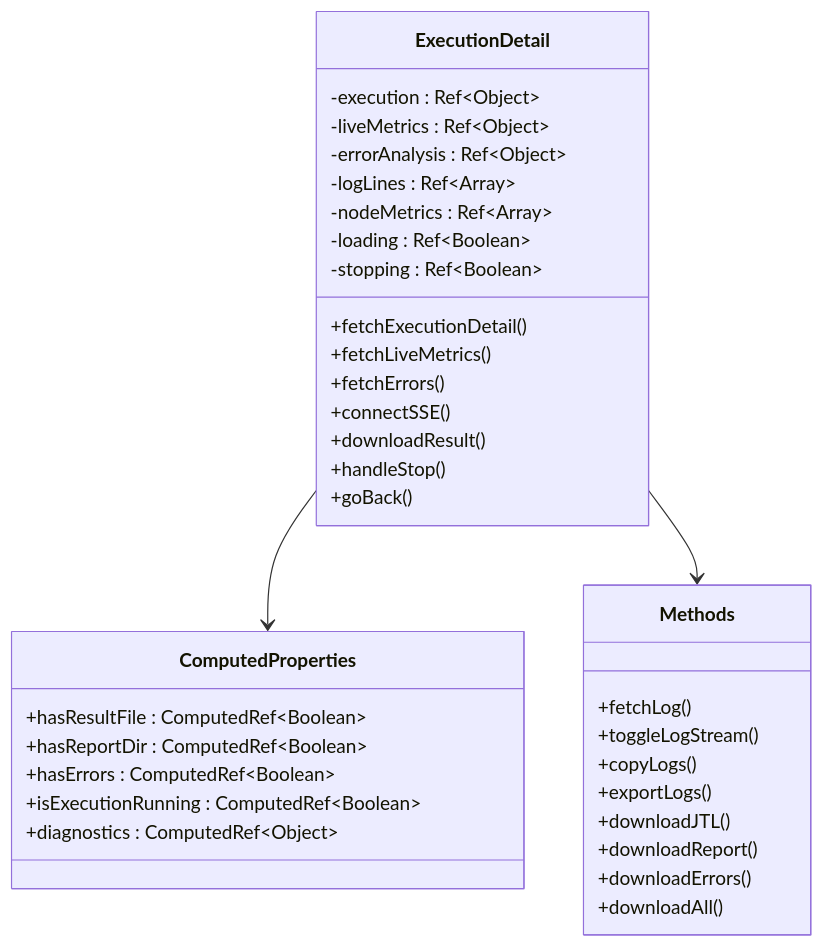
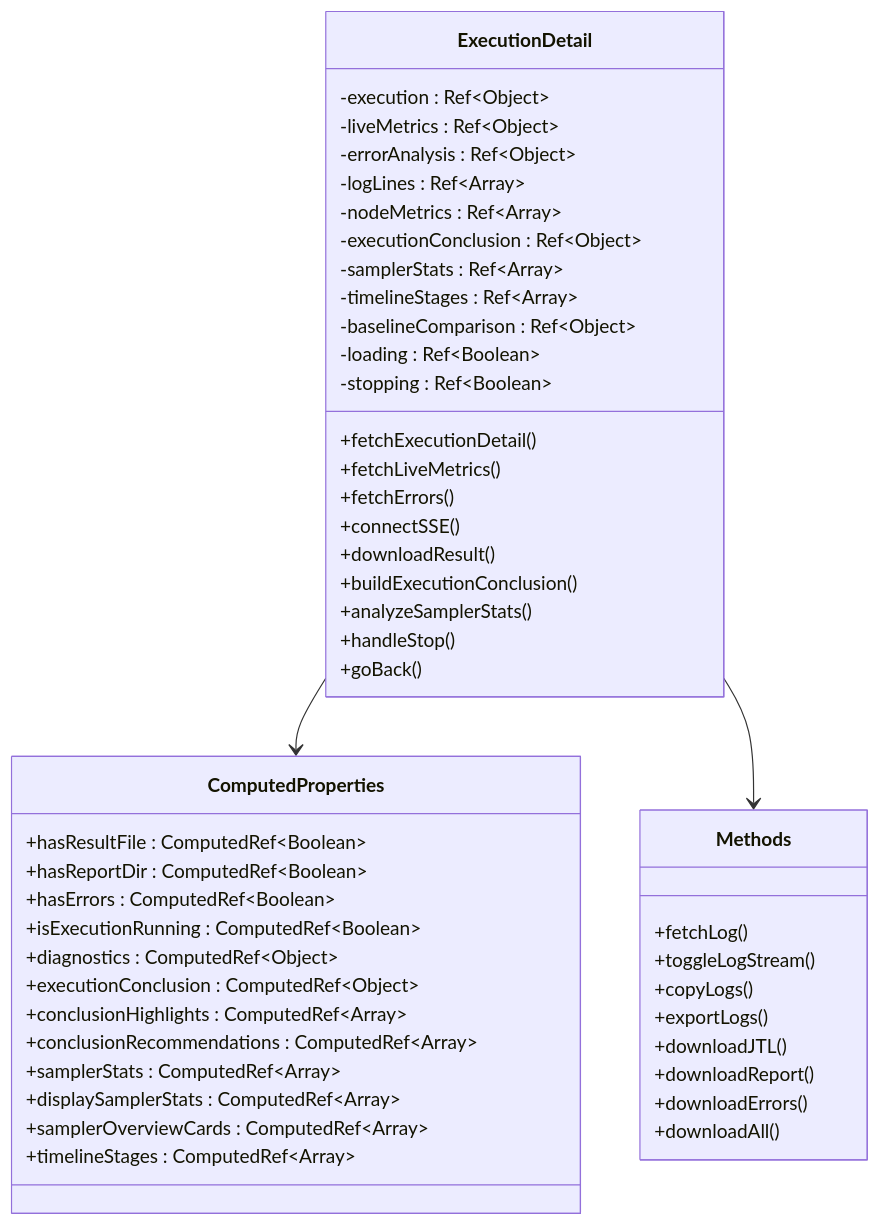
One commit to Liyuhao02/Jmeter-Admin changed the fifth of 23 diagrams in .qoder/repowiki/zh/content/Execution Detail View.md. Above: the diagram before and after it, drawn with Mermaid. The commit also changed other lines of this file and 13 other files, not shown here.

````diff
--- a/.qoder/repowiki/zh/content/Execution Detail View.md
+++ b/.qoder/repowiki/zh/content/Execution Detail View.md
@@ -226,38 +256,51 @@
 ```mermaid
 classDiagram
 class ExecutionDetail {
 -execution : Ref~Object~
 -liveMetrics : Ref~Object~
 -errorAnalysis : Ref~Object~
 -logLines : Ref~Array~
 -nodeMetrics : Ref~Array~
+-executionConclusion : Ref~Object~
+-samplerStats : Ref~Array~
+-timelineStages : Ref~Array~
+-baselineComparison : Ref~Object~
 -loading : Ref~Boolean~
 -stopping : Ref~Boolean~
 +fetchExecutionDetail()
 +fetchLiveMetrics()
 +fetchErrors()
 +connectSSE()
 +downloadResult()
++buildExecutionConclusion()
++analyzeSamplerStats()
 +handleStop()
 +goBack()
 }
 class ComputedProperties {
 +hasResultFile : ComputedRef~Boolean~
 +hasReportDir : ComputedRef~Boolean~
 +hasErrors : ComputedRef~Boolean~
 +isExecutionRunning : ComputedRef~Boolean~
 +diagnostics : ComputedRef~Object~
++executionConclusion : ComputedRef~Object~
++conclusionHighlights : ComputedRef~Array~
++conclusionRecommendations : ComputedRef~Array~
++samplerStats : ComputedRef~Array~
++displaySamplerStats : ComputedRef~Array~
++samplerOverviewCards : ComputedRef~Array~
++timelineStages : ComputedRef~Array~
 }
 class Methods {
 +fetchLog()
 +toggleLogStream()
 +copyLogs()
 +exportLogs()
 +downloadJTL()
 +downloadReport()
 +downloadErrors()
 +downloadAll()
 }
 ExecutionDetail --> ComputedProperties
 ExecutionDetail --> Methods
 ```
````
